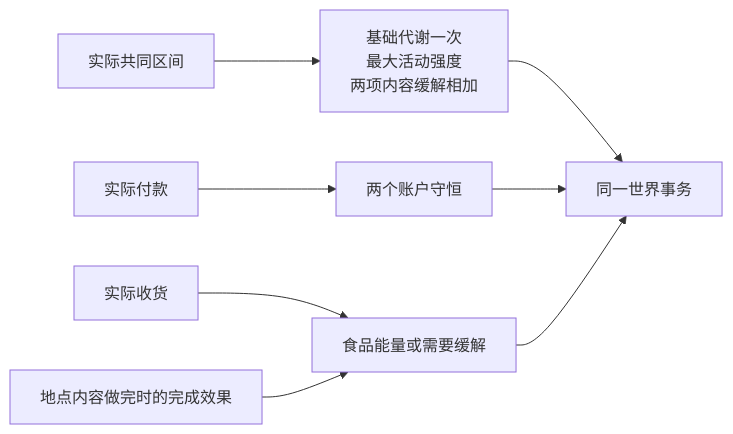
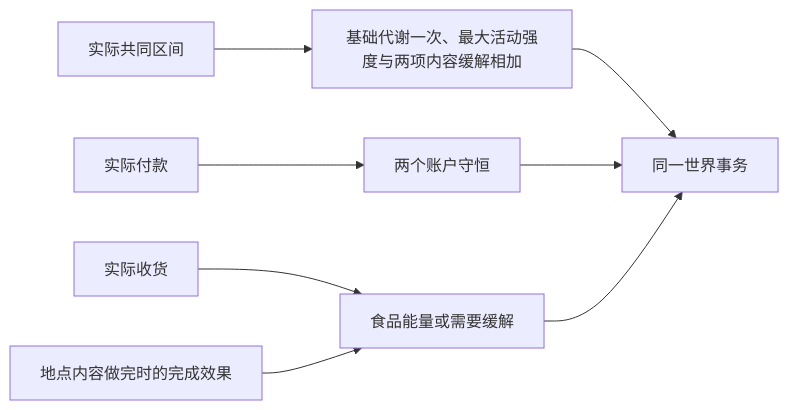
One commit to HoldThatThgt/WorldMock changed the diagram in docs/design/02-exchange-engine.md. Above: the diagram before and after it, drawn with Mermaid. The commit also changed other lines of this file and 19 other files, not shown here.

````diff
--- a/docs/design/02-exchange-engine.md
+++ b/docs/design/02-exchange-engine.md
@@ -10,10 +11,10 @@
 ```mermaid
 flowchart LR
-    Interval[实际共同区间] --> Body[基础代谢一次<br/>最大活动强度<br/>两项内容缓解相加]
-    Payment[实际付款] --> Money[两个账户守恒]
-    Receipt[实际收货] --> Effect[食品能量或需要缓解]
-    Completion[地点内容做完时的完成效果] --> Effect
-    Body --> Commit[同一世界事务]
+    Interval["实际共同区间"] --> Body["基础代谢一次、最大活动强度与两项内容缓解相加"]
+    Payment["实际付款"] --> Money["两个账户守恒"]
+    Receipt["实际收货"] --> Effect["食品能量或需要缓解"]
+    Completion["地点内容做完时的完成效果"] --> Effect
+    Body --> Commit["同一世界事务"]
     Money --> Commit
     Effect --> Commit
 ```
````
